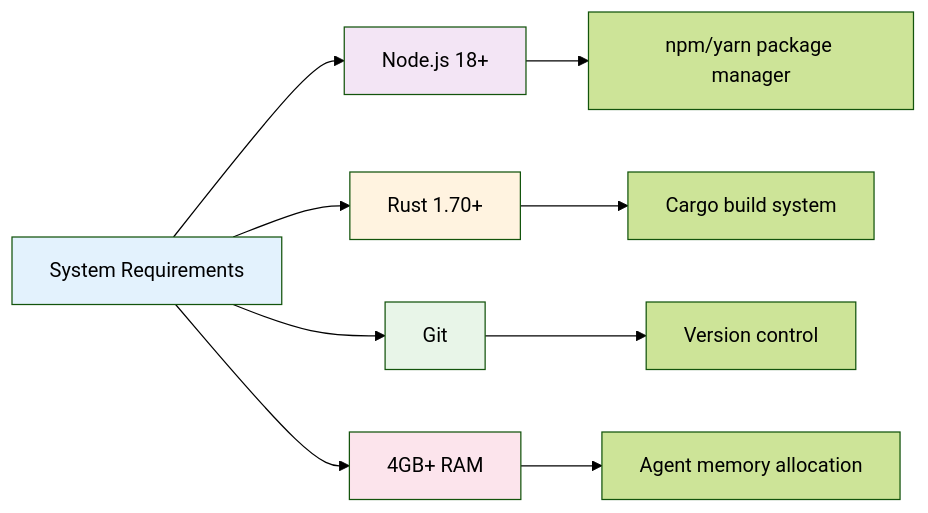
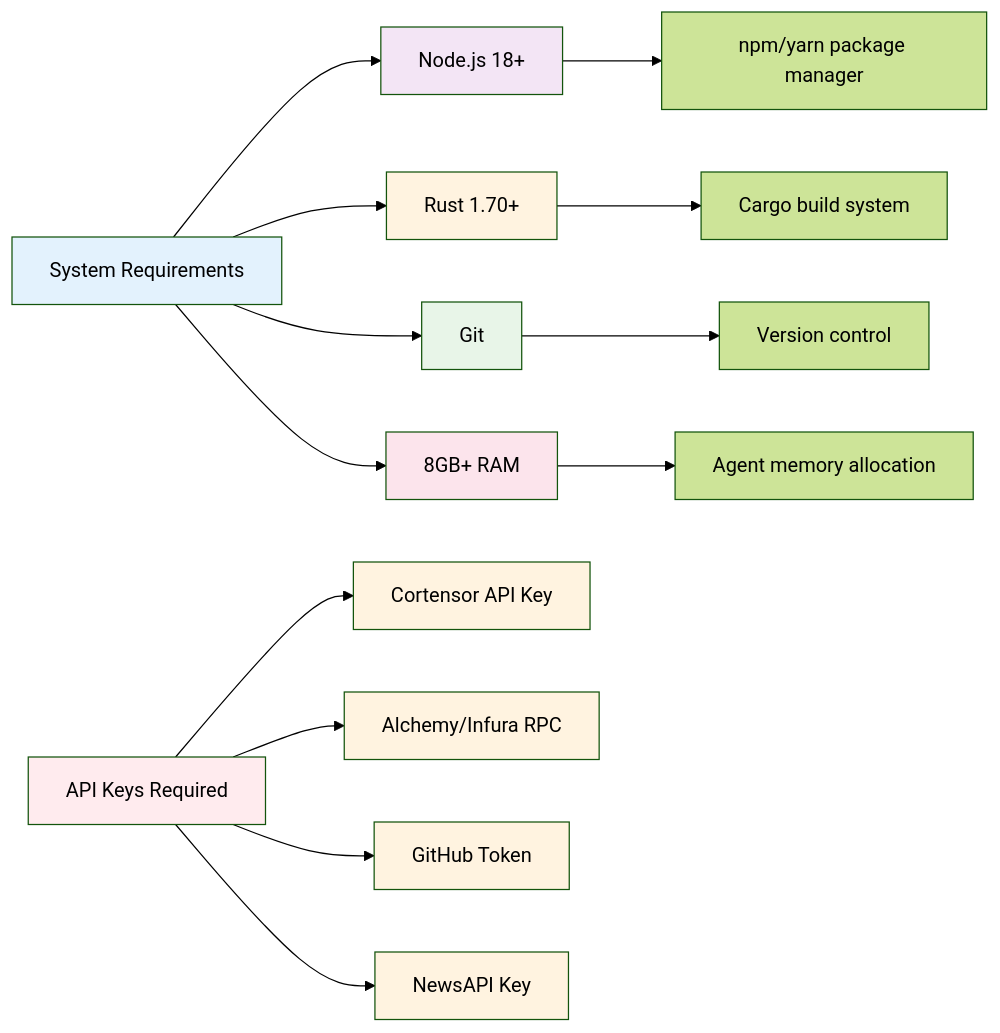
The fourth of 10 diagrams in README.md (Aaditya1273/Aether-Swarm), drawn with Mermaid (forest theme) before and after one commit. The commit also changed other lines of this file and 28 other files, not shown here.

````diff
--- a/README.md
+++ b/README.md
@@ -289,18 +289,28 @@
 ```mermaid
 graph LR
     A[System Requirements] --> B[Node.js 18+]
     A --> C[Rust 1.70+]
     A --> D[Git]
-    A --> E[4GB+ RAM]
+    A --> E[8GB+ RAM]
     
     B --> B1[npm/yarn package manager]
     C --> C1[Cargo build system]
     D --> D1[Version control]
     E --> E1[Agent memory allocation]
     
+    F[API Keys Required] --> G[Cortensor API Key]
+    F --> H[Alchemy/Infura RPC]
+    F --> I[GitHub Token]
+    F --> J[NewsAPI Key]
+    
     style A fill:#e3f2fd
     style B fill:#f3e5f5
     style C fill:#fff3e0
     style D fill:#e8f5e8
     style E fill:#fce4ec
+    style F fill:#ffebee
+    style G fill:#fff3e0
+    style H fill:#fff3e0
+    style I fill:#fff3e0
+    style J fill:#fff3e0
 ```
````
